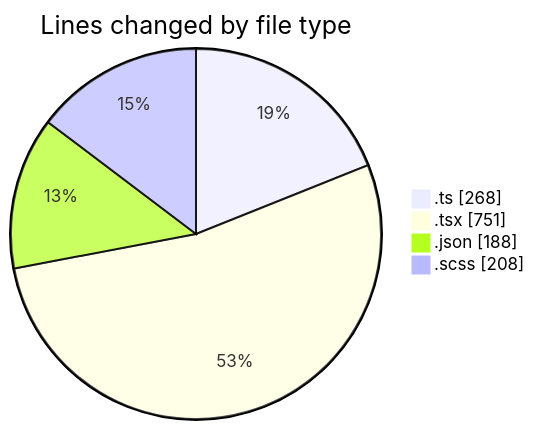
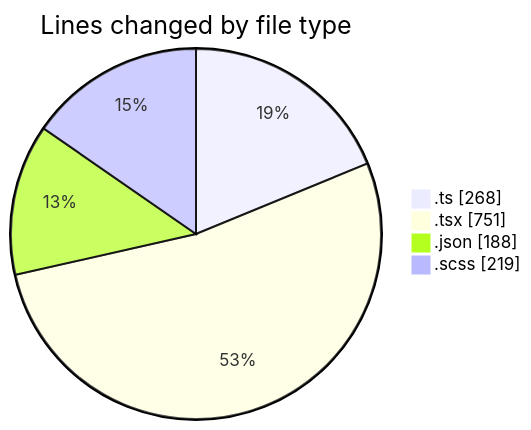
Before and after one commit to momahboobian/code-tracking: the first of 2 diagrams in 2026-05-07/cda/README.md, drawn with Mermaid. The commit also changed other lines of this file and 1 other file, not shown here.

````diff
--- a/2026-05-07/cda/README.md
+++ b/2026-05-07/cda/README.md
@@ -32,8 +32,8 @@
 ```mermaid
 pie showData
 title Lines changed by file type
 ".ts" : 268
 ".tsx" : 751
 ".json" : 188
-".scss" : 208
+".scss" : 219
 ```
````
